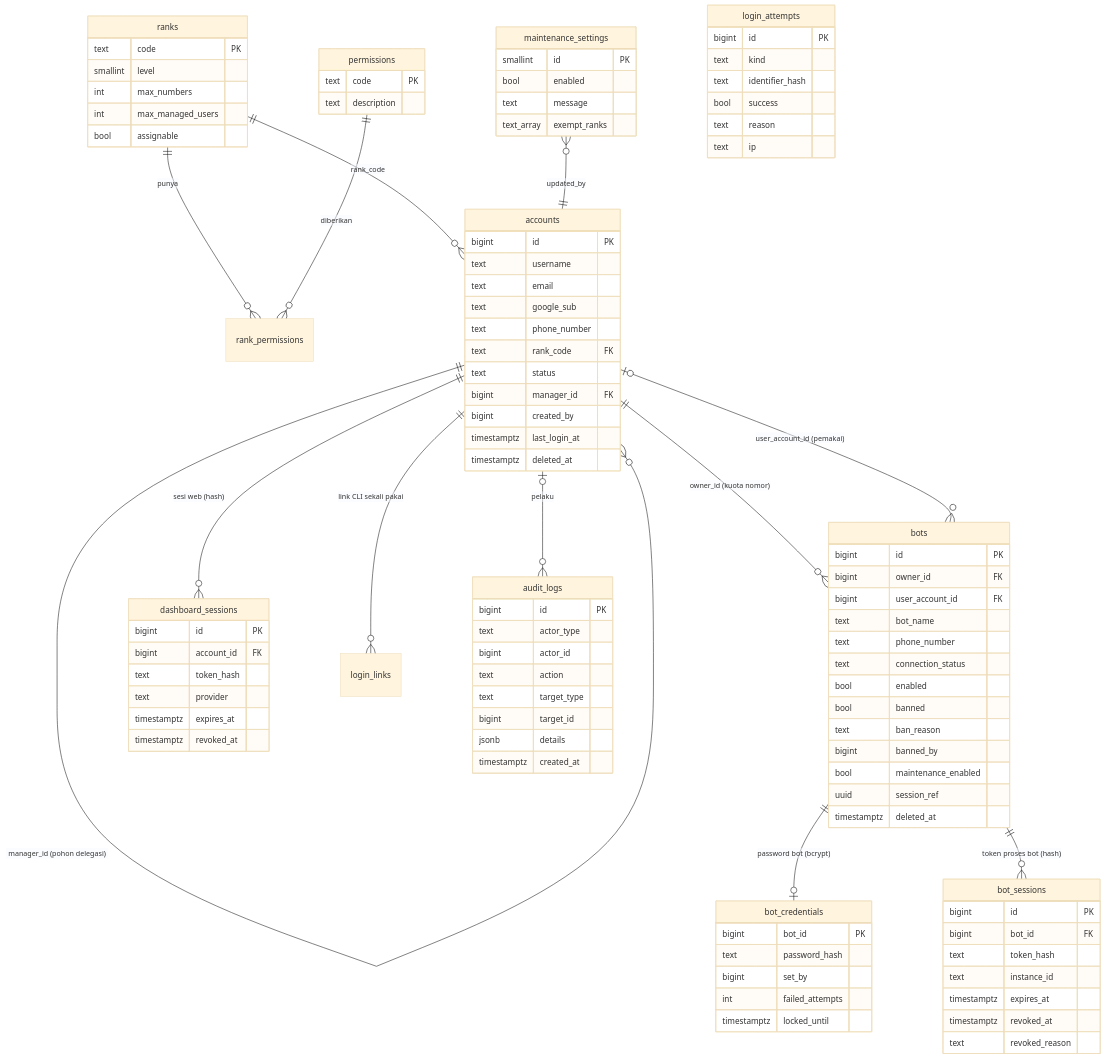
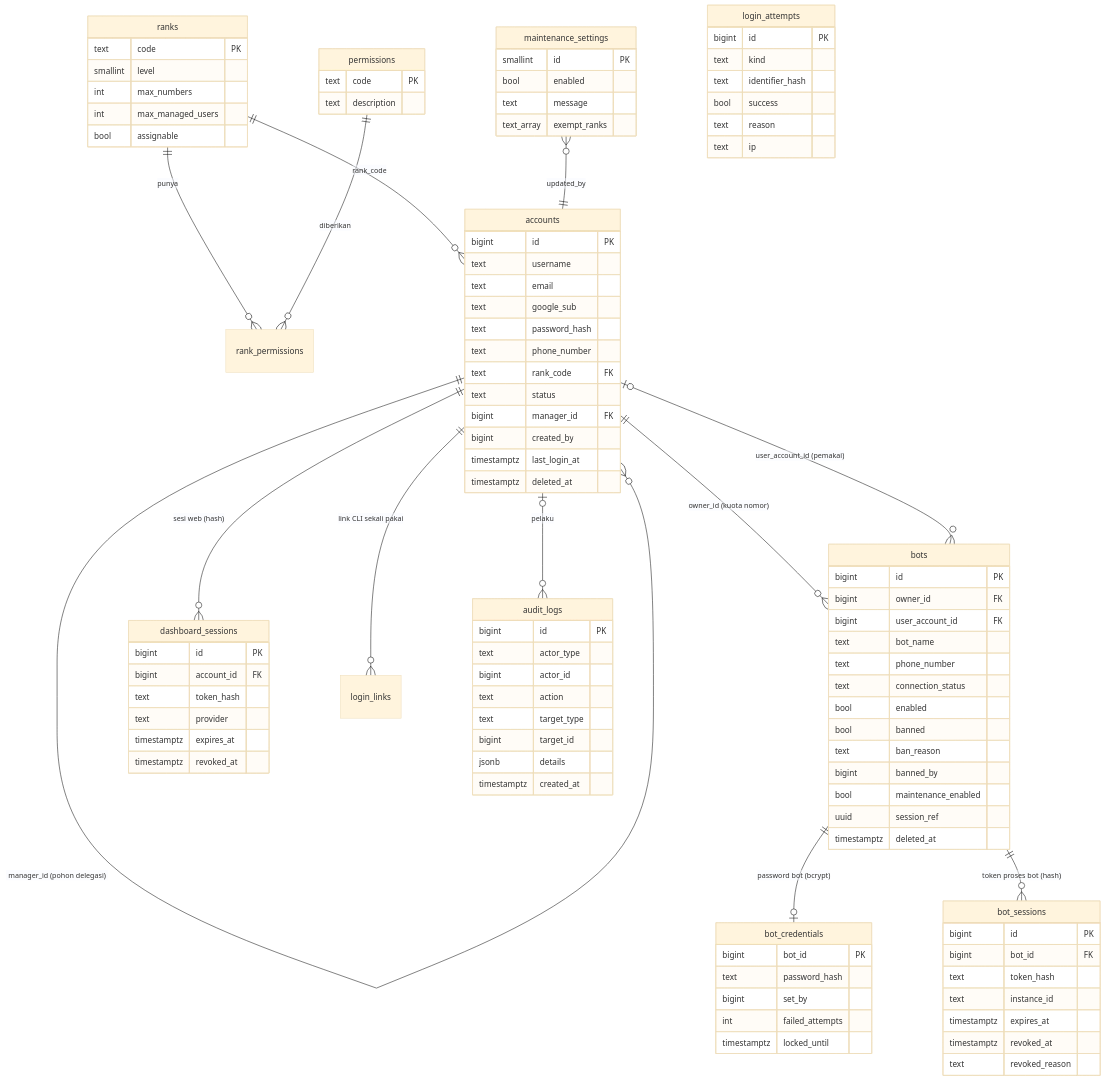
One commit to Yannz2zWorld/api-docs changed the diagram in YannAjahNew/docs/DATABASE.md. Above: the diagram before and after it, drawn with Mermaid (base theme). The commit also changed other lines of this file and 20 other files, not shown here.

First line of the commit message:
YannAjahNew: login website email + password untuk pembeli (reseller ke atas)

````diff
--- a/YannAjahNew/docs/DATABASE.md
+++ b/YannAjahNew/docs/DATABASE.md
@@ -8,26 +8,26 @@
 ```mermaid
 erDiagram
   ranks ||--o{ rank_permissions : punya
   permissions ||--o{ rank_permissions : diberikan
   ranks ||--o{ accounts : rank_code
   accounts ||--o{ accounts : "manager_id (pohon delegasi)"
   accounts ||--o{ bots : "owner_id (kuota nomor)"
   accounts |o--o{ bots : "user_account_id (pemakai)"
   bots ||--o| bot_credentials : "password bot (bcrypt)"
   bots ||--o{ bot_sessions : "token proses bot (hash)"
   accounts ||--o{ dashboard_sessions : "sesi web (hash)"
   accounts ||--o{ login_links : "link CLI sekali pakai"
   accounts |o--o{ audit_logs : pelaku
   maintenance_settings }o--|| accounts : updated_by
 
   ranks { text code PK  smallint level  int max_numbers  int max_managed_users  bool assignable }
   permissions { text code PK  text description }
-  accounts { bigint id PK  text username  text email  text google_sub  text phone_number  text rank_code FK  text status  bigint manager_id FK  bigint created_by  timestamptz last_login_at  timestamptz deleted_at }
+  accounts { bigint id PK  text username  text email  text google_sub  text password_hash  text phone_number  text rank_code FK  text status  bigint manager_id FK  bigint created_by  timestamptz last_login_at  timestamptz deleted_at }
   bots { bigint id PK  bigint owner_id FK  bigint user_account_id FK  text bot_name  text phone_number  text connection_status  bool enabled  bool banned  text ban_reason  bigint banned_by  bool maintenance_enabled  uuid session_ref  timestamptz deleted_at }
   bot_credentials { bigint bot_id PK  text password_hash  bigint set_by  int failed_attempts  timestamptz locked_until }
   bot_sessions { bigint id PK  bigint bot_id FK  text token_hash  text instance_id  timestamptz expires_at  timestamptz revoked_at  text revoked_reason }
   dashboard_sessions { bigint id PK  bigint account_id FK  text token_hash  text provider  timestamptz expires_at  timestamptz revoked_at }
   audit_logs { bigint id PK  text actor_type  bigint actor_id  text action  text target_type  bigint target_id  jsonb details  timestamptz created_at }
   login_attempts { bigint id PK  text kind  text identifier_hash  bool success  text reason  text ip }
   maintenance_settings { smallint id PK  bool enabled  text message  text_array exempt_ranks }
 ```
````
